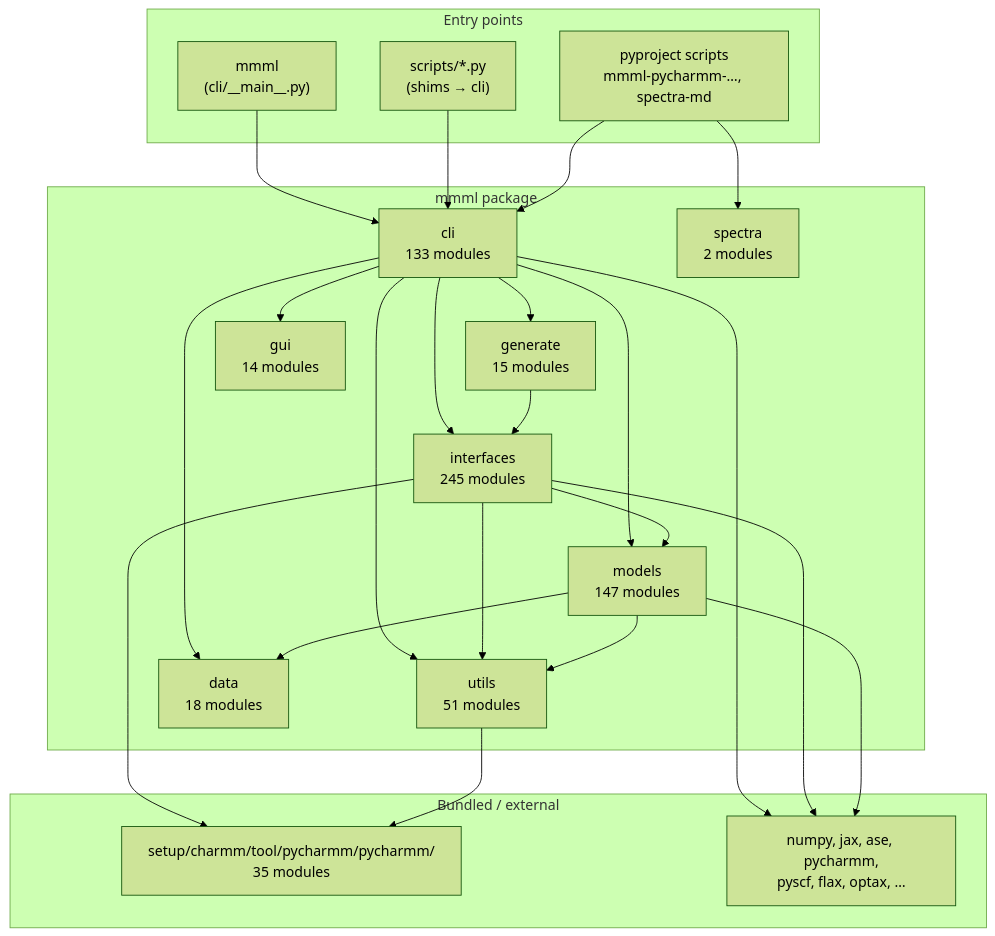
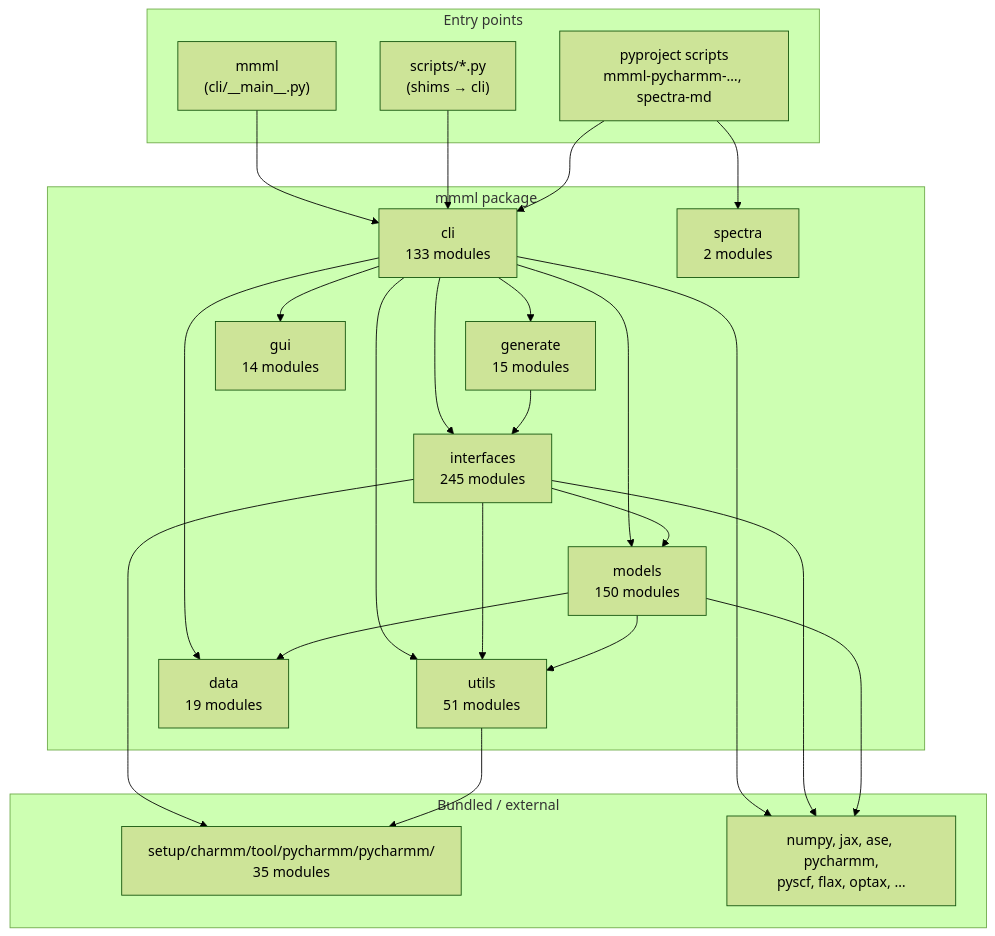
Before and after one commit to EricBoittier/mmml: the first of 8 diagrams in docs/package-architecture.md, drawn with Mermaid (forest theme). The commit also changed 18 other files, not shown here.

````diff
--- a/docs/package-architecture.md
+++ b/docs/package-architecture.md
@@ -13,48 +13,48 @@
 ```mermaid
 flowchart TB
   subgraph entry["Entry points"]
     MMML["mmml\n(cli/__main__.py)"]
     SCRIPTS["scripts/*.py\n(shims → cli)"]
     PKG["pyproject scripts\nmmml-pycharmm-…, spectra-md"]
   end
 
   subgraph mmml_pkg["mmml package"]
     CLI["cli\n133 modules"]
     IFACE["interfaces\n245 modules"]
-    MODELS["models\n147 modules"]
+    MODELS["models\n150 modules"]
     UTILS["utils\n51 modules"]
-    DATA["data\n18 modules"]
+    DATA["data\n19 modules"]
     GEN["generate\n15 modules"]
     GUI["gui\n14 modules"]
     SPEC["spectra\n2 modules"]
   end
 
   subgraph vendor["Bundled / external"]
     PYCH["setup/charmm/tool/pycharmm/pycharmm/\n35 modules"]
     EXT["numpy, jax, ase, pycharmm,\npyscf, flax, optax, …"]
   end
 
   MMML --> CLI
   SCRIPTS --> CLI
   PKG --> CLI
   PKG --> SPEC
 
   CLI --> IFACE
   CLI --> MODELS
   CLI --> DATA
   CLI --> UTILS
   CLI --> GEN
   CLI --> GUI
 
   IFACE --> MODELS
   IFACE --> UTILS
   IFACE --> PYCH
   MODELS --> UTILS
   MODELS --> DATA
   UTILS --> PYCH
   GEN --> IFACE
 
   CLI --> EXT
   IFACE --> EXT
   MODELS --> EXT
 ```
````
